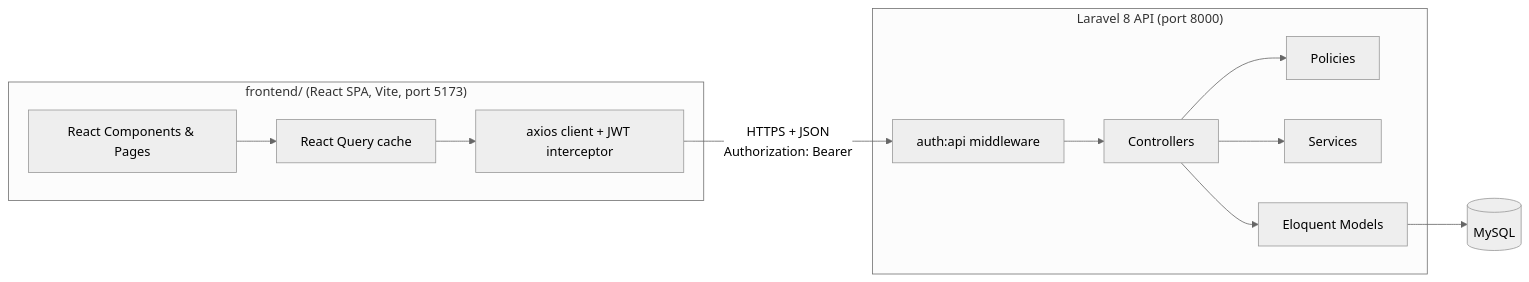
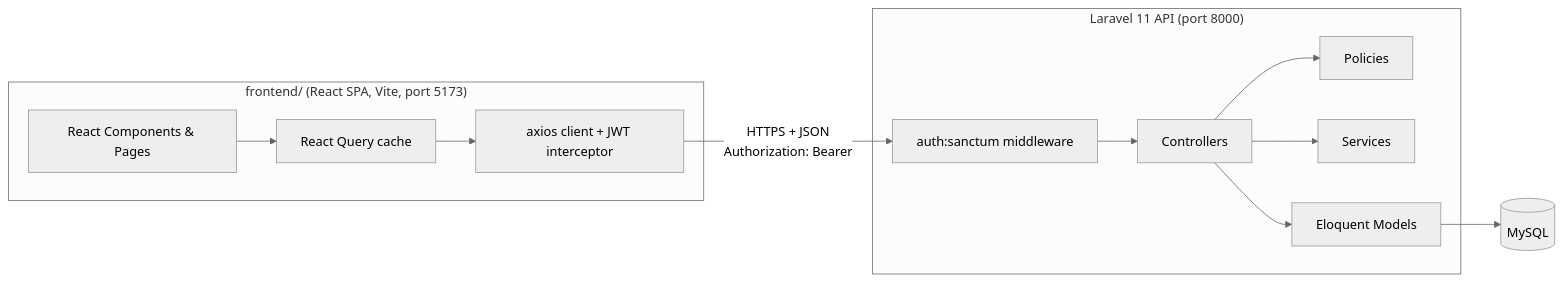
Before and after one commit to RaihanulHoque/realestate_appointment: the first of 4 diagrams in docs/DEVELOPER_GUIDE.md, drawn with Mermaid (neutral theme). The commit also changed other lines of this file and 24 other files, not shown here.

````diff
--- a/docs/DEVELOPER_GUIDE.md
+++ b/docs/DEVELOPER_GUIDE.md
@@ -60,25 +63,25 @@
 ```mermaid
 flowchart LR
     subgraph Frontend["frontend/ (React SPA, Vite, port 5173)"]
         UI[React Components & Pages]
         RQ[React Query cache]
         AX[axios client + JWT interceptor]
         UI --> RQ --> AX
     end
 
-    subgraph Backend["Laravel 8 API (port 8000)"]
-        MW[auth:api middleware]
+    subgraph Backend["Laravel 11 API (port 8000)"]
+        MW[auth:sanctum middleware]
         CTRL[Controllers]
         POL[Policies]
         SVC[Services]
         MODEL[Eloquent Models]
         MW --> CTRL --> POL
         CTRL --> SVC
         CTRL --> MODEL
     end
 
     DB[(MySQL)]
 
-    AX -- "HTTPS + JSON\nAuthorization: Bearer <jwt>" --> MW
+    AX -- "HTTPS + JSON\nAuthorization: Bearer <token>" --> MW
     MODEL --> DB
 ```
````
